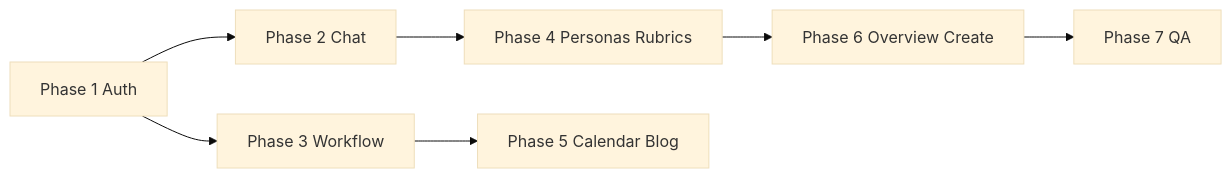
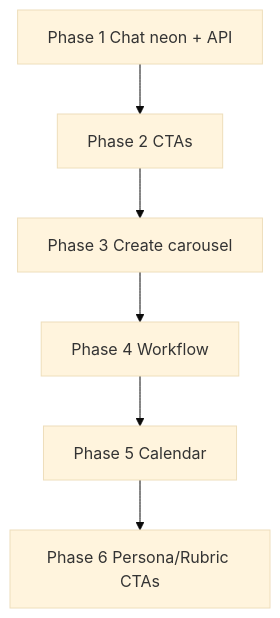
One commit to rickwalking/alter-ego changed the diagram in docs/plans/neon-dashboard-backend-integration.md. Above: the diagram before and after it, drawn with Mermaid (base theme). The commit also changed other lines of this file and 21 other files, not shown here.

First line of the commit message:
fix(frontend): restore neon dashboard UX and wire functional CTAs

````diff
--- a/docs/plans/neon-dashboard-backend-integration.md
+++ b/docs/plans/neon-dashboard-backend-integration.md
@@ -175,9 +218,8 @@
 ```mermaid
-flowchart LR
-  P1[Phase 1 Auth] --> P2[Phase 2 Chat]
-  P1 --> P3[Phase 3 Workflow]
-  P2 --> P4[Phase 4 Personas Rubrics]
-  P3 --> P5[Phase 5 Calendar Blog]
-  P4 --> P6[Phase 6 Overview Create]
-  P6 --> P7[Phase 7 QA]
+flowchart TD
+  R1[Phase 1 Chat neon + API] --> R2[Phase 2 CTAs]
+  R2 --> R3[Phase 3 Create carousel]
+  R3 --> R4[Phase 4 Workflow]
+  R4 --> R5[Phase 5 Calendar]
+  R5 --> R6[Phase 6 Persona/Rubric CTAs]
 ```
````
